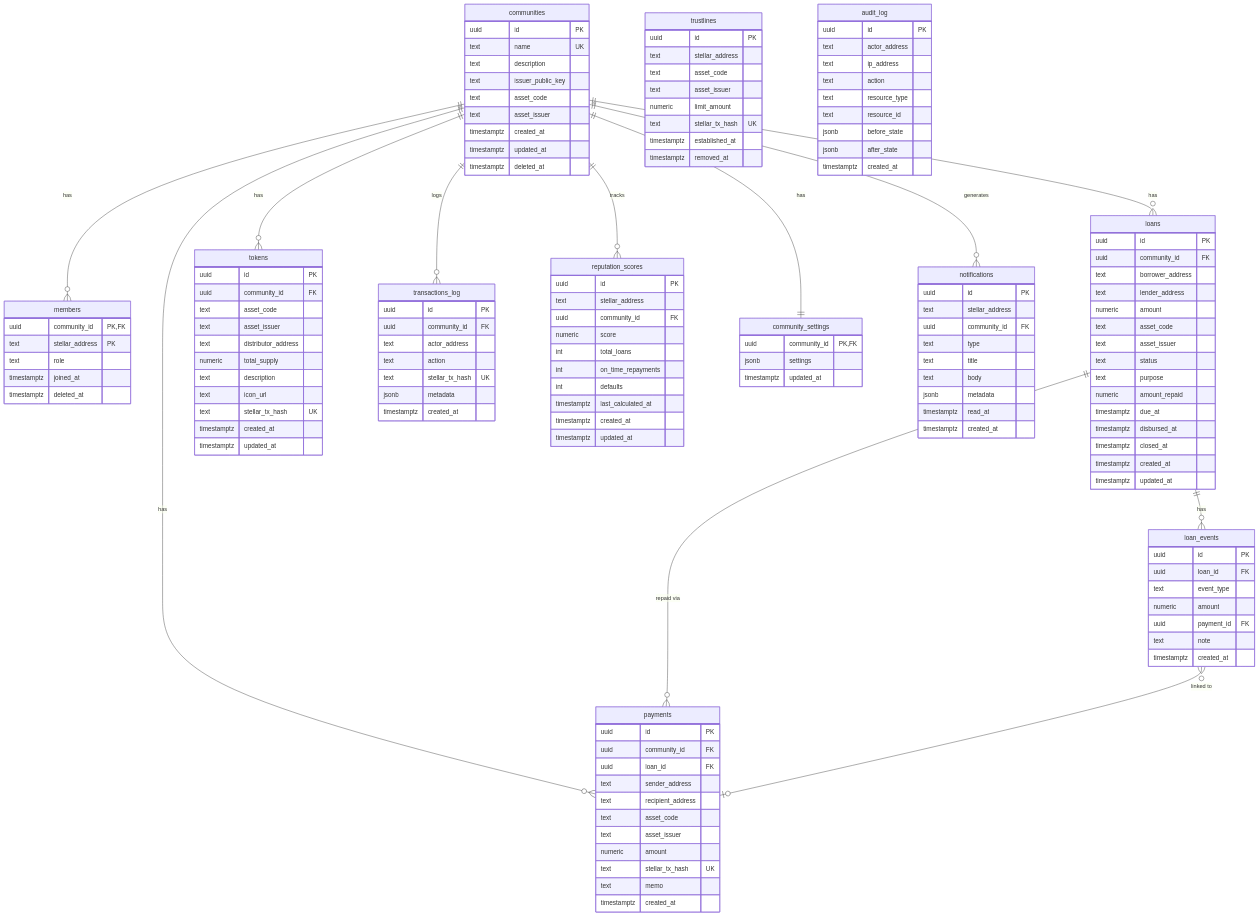
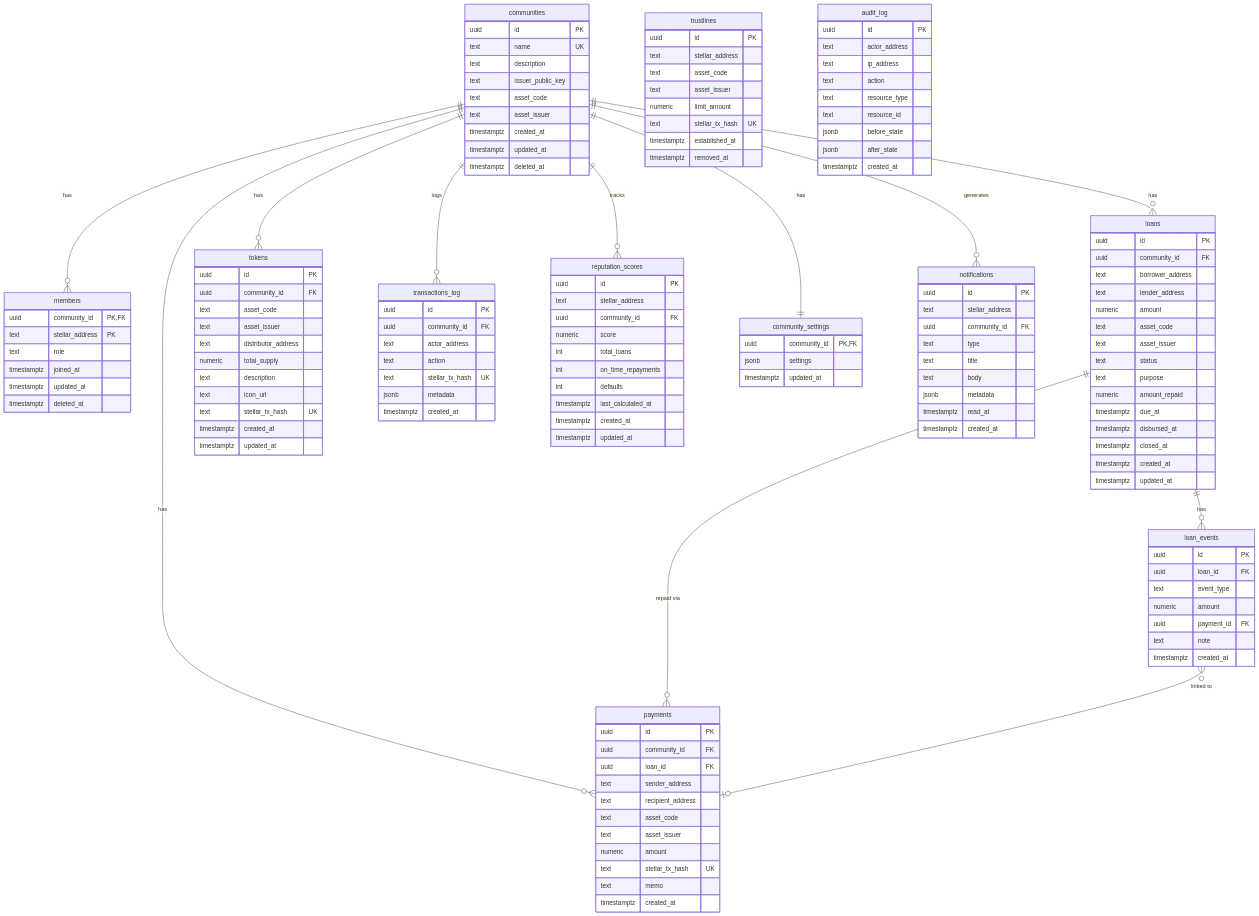
Before and after one commit to BigNathan1/CoopLumen: the diagram in docs/database.md, drawn with Mermaid. The commit also changed other lines of this file and 5 other files, not shown here.

```diff
--- a/docs/database.md
+++ b/docs/database.md
@@ -25,6 +25,7 @@
     text stellar_address PK
     text role
     timestamptz joined_at
+    timestamptz updated_at
     timestamptz deleted_at
   }
 
```
